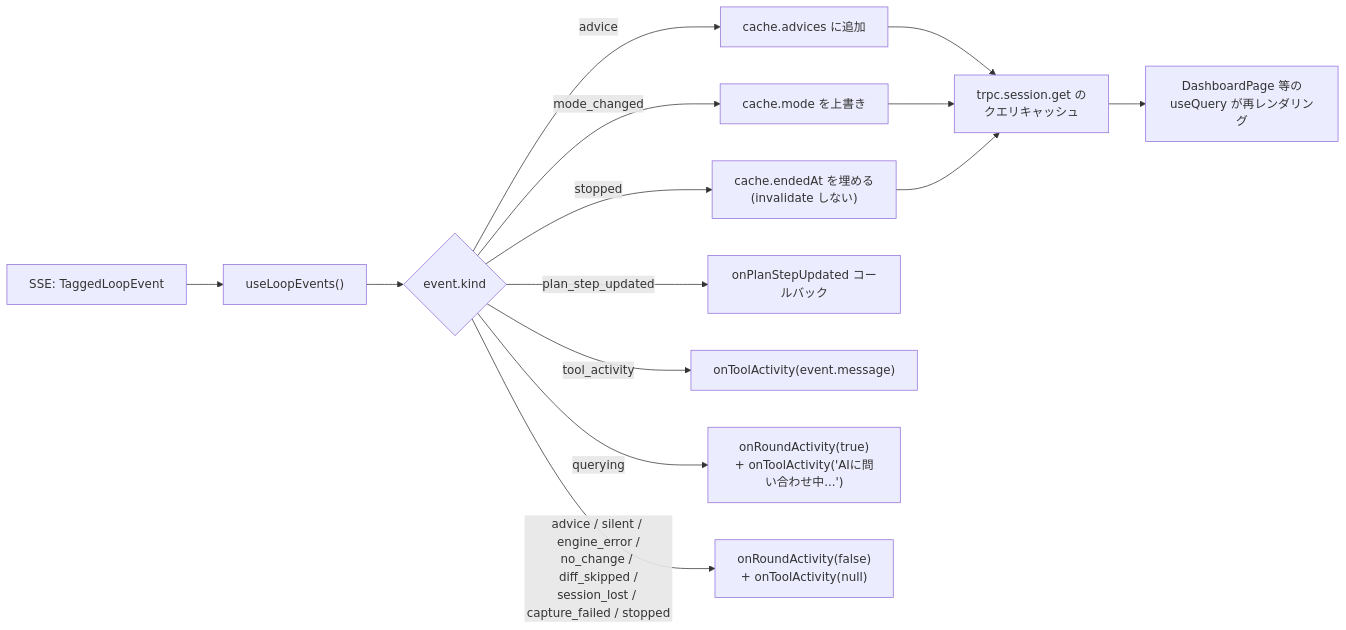
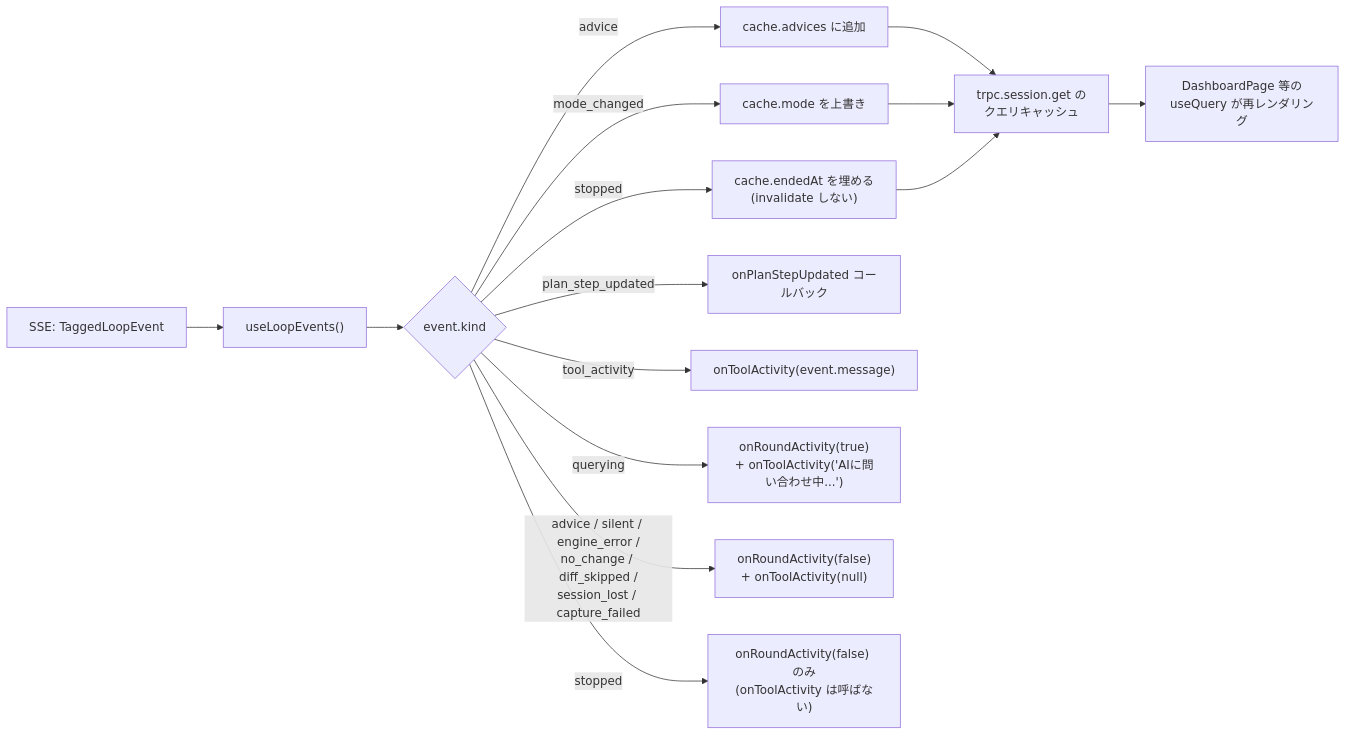
The third of 10 diagrams in packages/client/docs/reading-guide.md (yukaorange/dcc_suport), drawn with Mermaid before and after one commit. The commit also changed other lines of this file and 12 other files, not shown here.

Commit message:
chore(docs): アーキテクチャ図の更新とIllustrator/Photoshopスキルの追加

````diff
--- a/packages/client/docs/reading-guide.md
+++ b/packages/client/docs/reading-guide.md
@@ -115,16 +116,17 @@
 ```mermaid
 flowchart LR
     SSE["SSE: TaggedLoopEvent"] --> Hook["useLoopEvents()"]
     Hook --> Switch{"event.kind"}
     Switch -->|"advice"| C1["cache.advices に追加"]
     Switch -->|"mode_changed"| C2["cache.mode を上書き"]
     Switch -->|"stopped"| C3["cache.endedAt を埋める<br/>(invalidate しない)"]
     Switch -->|"plan_step_updated"| Cb["onPlanStepUpdated コールバック"]
     Switch -->|"tool_activity"| TA["onToolActivity(event.message)"]
     Switch -->|"querying"| L1["onRoundActivity(true)<br/>+ onToolActivity('AIに問い合わせ中...')"]
-    Switch -->|"advice / silent / engine_error /<br/>no_change / diff_skipped /<br/>session_lost / capture_failed / stopped"| L2["onRoundActivity(false)<br/>+ onToolActivity(null)"]
+    Switch -->|"advice / silent / engine_error /<br/>no_change / diff_skipped /<br/>session_lost / capture_failed"| L2["onRoundActivity(false)<br/>+ onToolActivity(null)"]
+    Switch -->|"stopped"| L3["onRoundActivity(false) のみ<br/>(onToolActivity は呼ばない)"]
     C1 --> Cache["trpc.session.get の<br/>クエリキャッシュ"]
     C2 --> Cache
     C3 --> Cache
     Cache --> UI["DashboardPage 等の<br/>useQuery が再レンダリング"]
 ```
````
